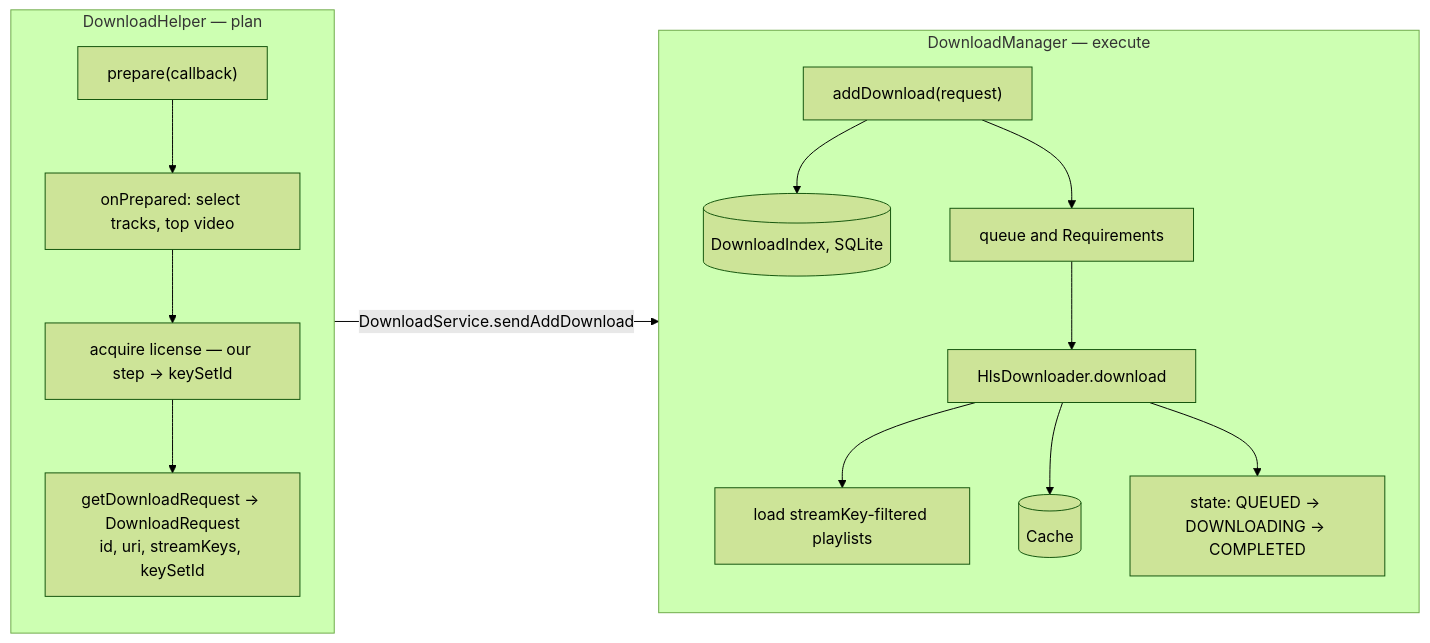
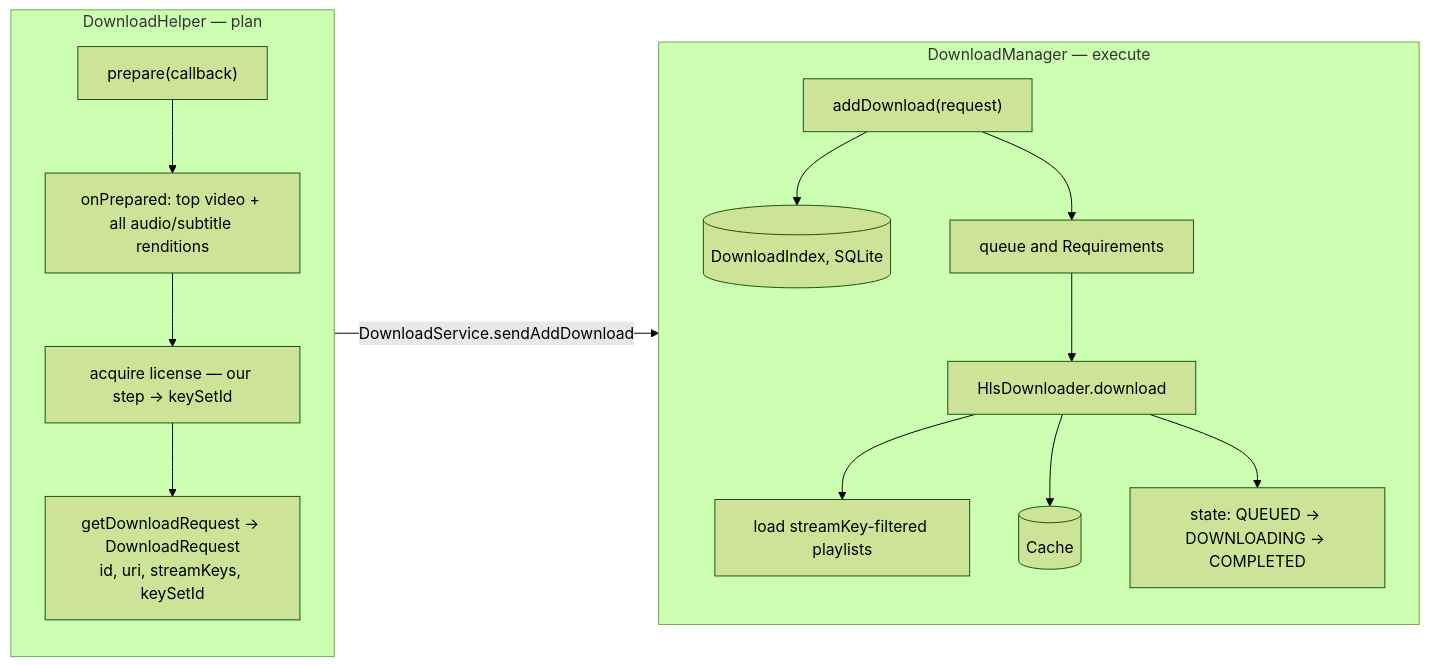
Before and after one commit to muxinc/mux-player-android: the second of 3 diagrams in docs/offline-drm-design.md, drawn with Mermaid (forest theme). The commit also changed other lines of this file, not shown here.

First line of the commit message:
docs: download top video + all audio & subtitle renditions

````diff
--- a/docs/offline-drm-design.md
+++ b/docs/offline-drm-design.md
@@ -399,19 +426,19 @@
 ```mermaid
 flowchart LR
     subgraph plan [DownloadHelper — plan]
         direction TB
-        p1["prepare(callback)"] --> p2["onPrepared: select tracks, top video"]
+        p1["prepare(callback)"] --> p2["onPrepared: top video + all audio/subtitle renditions"]
         p2 --> p3["acquire license — our step → keySetId"]
         p3 --> p4["getDownloadRequest → DownloadRequest<br/>id, uri, streamKeys, keySetId"]
     end
     p4 -->|"DownloadService.sendAddDownload"| add["addDownload(request)"]
     subgraph exec [DownloadManager — execute]
         direction TB
         add --> idx[("DownloadIndex, SQLite")]
         add --> q["queue and Requirements"]
         q --> dl["HlsDownloader.download"]
         dl --> seg["load streamKey-filtered playlists"]
         dl --> cache[("Cache")]
         dl --> st["state: QUEUED → DOWNLOADING → COMPLETED"]
     end
 ```
````
